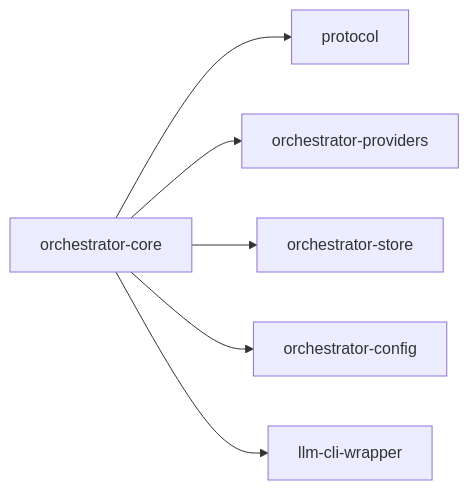
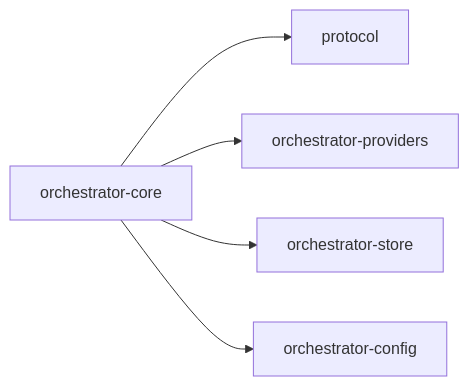
One commit to launchapp-dev/ao-cli changed the second of 2 diagrams in crates/orchestrator-core/README.md. Above: the diagram before and after it, drawn with Mermaid. The commit also changed 27 other files, not shown here.

````diff
--- a/crates/orchestrator-core/README.md
+++ b/crates/orchestrator-core/README.md
@@ -108,15 +108,13 @@
 ```mermaid
 graph LR
     CORE["orchestrator-core"]
     PROTO["protocol"]
     PROVIDERS["orchestrator-providers"]
     STORE["orchestrator-store"]
     CFG["orchestrator-config"]
-    WRAP["llm-cli-wrapper"]
 
     CORE --> PROTO
     CORE --> PROVIDERS
     CORE --> STORE
     CORE --> CFG
-    CORE --> WRAP
 ```
````
